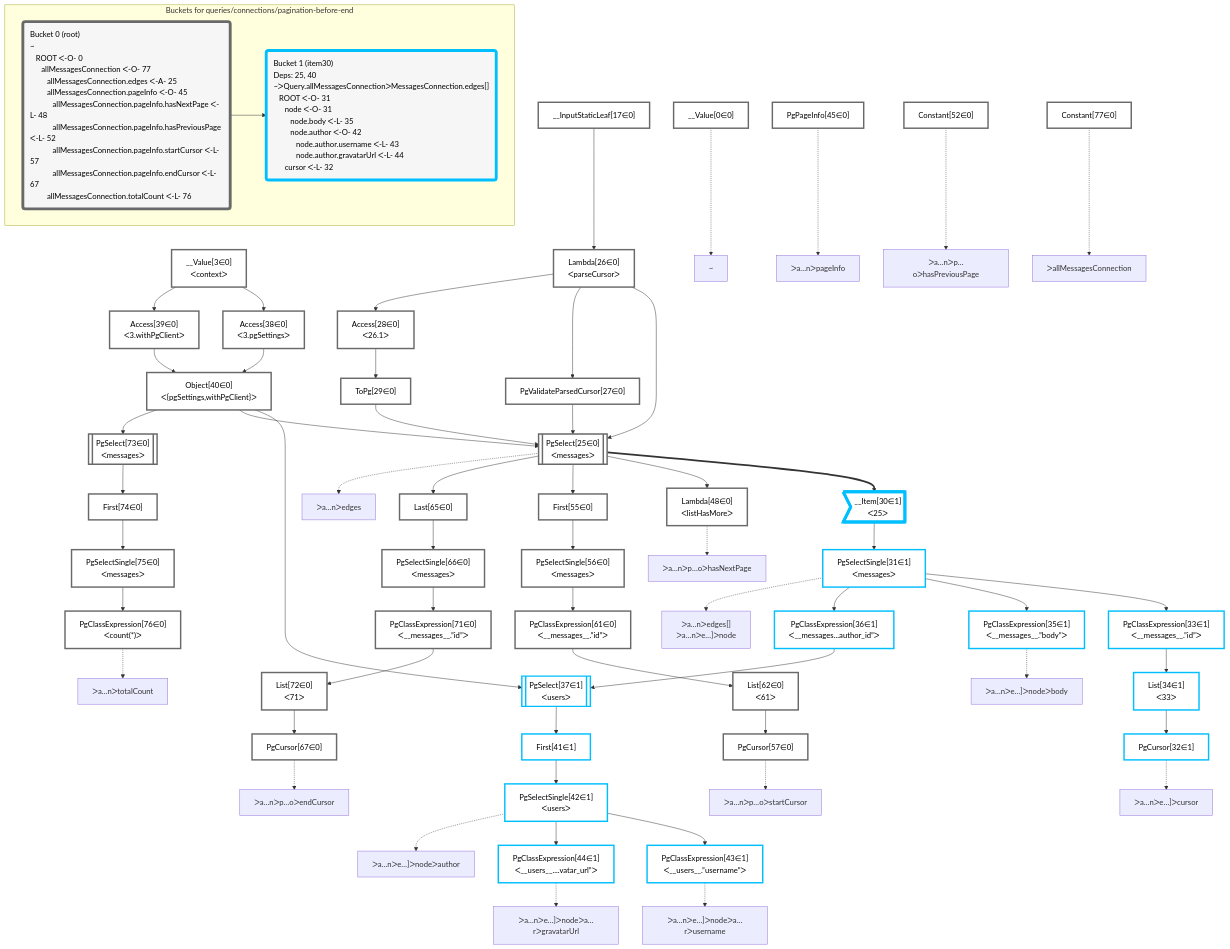
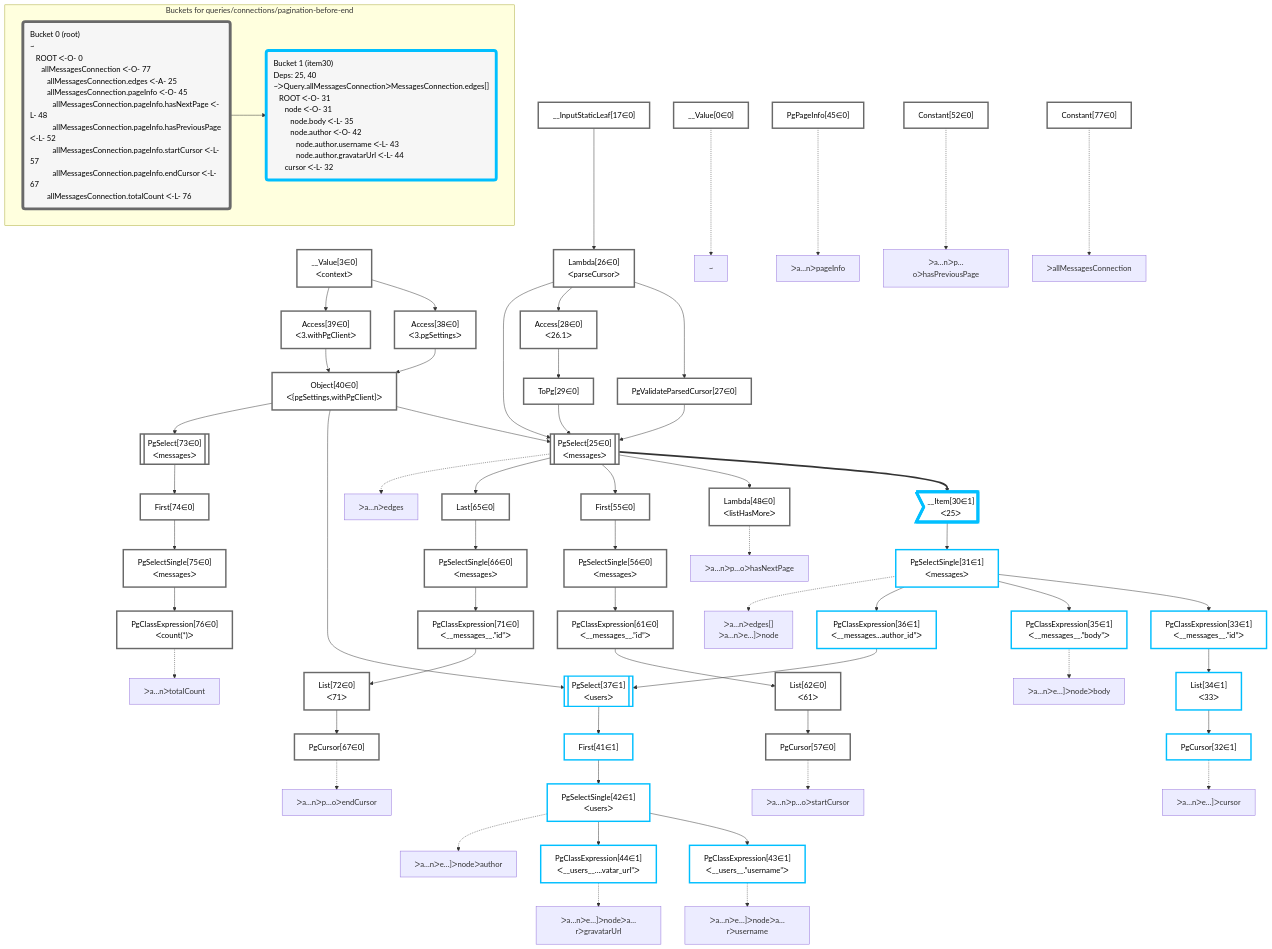
Before and after one commit to graphile/crystal: the diagram in packages/dataplan-pg/__tests__/queries/connections/pagination-before-end.deopt.mermaid.md, drawn with Mermaid. The commit also changed other lines of this file and 195 other files, not shown here.

Commit message:
Reorder graphs

```diff
--- a/packages/dataplan-pg/__tests__/queries/connections/pagination-before-end.deopt.mermaid.md
+++ b/packages/dataplan-pg/__tests__/queries/connections/pagination-before-end.deopt.mermaid.md
@@ -9,83 +9,83 @@
 
     %% define plans
     __Value0["__Value[0∈0]"]:::plan
+    __Value3["__Value[3∈0]<br />ᐸcontextᐳ"]:::plan
+    __InputStaticLeaf17["__InputStaticLeaf[17∈0]"]:::plan
+    Access38["Access[38∈0]<br />ᐸ3.pgSettingsᐳ"]:::plan
+    Access39["Access[39∈0]<br />ᐸ3.withPgClientᐳ"]:::plan
+    Object40["Object[40∈0]<br />ᐸ{pgSettings,withPgClient}ᐳ"]:::plan
+    Constant77["Constant[77∈0]"]:::plan
+    Lambda26["Lambda[26∈0]<br />ᐸparseCursorᐳ"]:::plan
+    PgValidateParsedCursor27["PgValidateParsedCursor[27∈0]"]:::plan
+    Access28["Access[28∈0]<br />ᐸ26.1ᐳ"]:::plan
+    ToPg29["ToPg[29∈0]"]:::plan
+    PgSelect25[["PgSelect[25∈0]<br />ᐸmessagesᐳ"]]:::plan
+    __Item30>"__Item[30∈1]<br />ᐸ25ᐳ"]:::itemplan
+    PgSelectSingle31["PgSelectSingle[31∈1]<br />ᐸmessagesᐳ"]:::plan
+    PgClassExpression33["PgClassExpression[33∈1]<br />ᐸ__messages__.”id”ᐳ"]:::plan
+    List34["List[34∈1]<br />ᐸ33ᐳ"]:::plan
     PgCursor32["PgCursor[32∈1]"]:::plan
-    List34["List[34∈1]<br />ᐸ33ᐳ"]:::plan
-    PgClassExpression33["PgClassExpression[33∈1]<br />ᐸ__messages__.”id”ᐳ"]:::plan
     PgClassExpression35["PgClassExpression[35∈1]<br />ᐸ__messages__.”body”ᐳ"]:::plan
+    PgClassExpression36["PgClassExpression[36∈1]<br />ᐸ__messages...author_id”ᐳ"]:::plan
+    PgSelect37[["PgSelect[37∈1]<br />ᐸusersᐳ"]]:::plan
+    First41["First[41∈1]"]:::plan
+    PgSelectSingle42["PgSelectSingle[42∈1]<br />ᐸusersᐳ"]:::plan
     PgClassExpression43["PgClassExpression[43∈1]<br />ᐸ__users__.”username”ᐳ"]:::plan
     PgClassExpression44["PgClassExpression[44∈1]<br />ᐸ__users__....vatar_url”ᐳ"]:::plan
-    PgSelectSingle42["PgSelectSingle[42∈1]<br />ᐸusersᐳ"]:::plan
-    First41["First[41∈1]"]:::plan
-    PgSelect37[["PgSelect[37∈1]<br />ᐸusersᐳ"]]:::plan
-    PgClassExpression36["PgClassExpression[36∈1]<br />ᐸ__messages...author_id”ᐳ"]:::plan
-    PgSelectSingle31["PgSelectSingle[31∈1]<br />ᐸmessagesᐳ"]:::plan
-    __Item30>"__Item[30∈1]<br />ᐸ25ᐳ"]:::itemplan
+    PgPageInfo45["PgPageInfo[45∈0]"]:::plan
     Lambda48["Lambda[48∈0]<br />ᐸlistHasMoreᐳ"]:::plan
+    Constant52["Constant[52∈0]"]:::plan
+    First55["First[55∈0]"]:::plan
+    PgSelectSingle56["PgSelectSingle[56∈0]<br />ᐸmessagesᐳ"]:::plan
+    PgClassExpression61["PgClassExpression[61∈0]<br />ᐸ__messages__.”id”ᐳ"]:::plan
+    List62["List[62∈0]<br />ᐸ61ᐳ"]:::plan
     PgCursor57["PgCursor[57∈0]"]:::plan
-    List62["List[62∈0]<br />ᐸ61ᐳ"]:::plan
-    PgClassExpression61["PgClassExpression[61∈0]<br />ᐸ__messages__.”id”ᐳ"]:::plan
-    PgSelectSingle56["PgSelectSingle[56∈0]<br />ᐸmessagesᐳ"]:::plan
-    First55["First[55∈0]"]:::plan
+    Last65["Last[65∈0]"]:::plan
+    PgSelectSingle66["PgSelectSingle[66∈0]<br />ᐸmessagesᐳ"]:::plan
+    PgClassExpression71["PgClassExpression[71∈0]<br />ᐸ__messages__.”id”ᐳ"]:::plan
+    List72["List[72∈0]<br />ᐸ71ᐳ"]:::plan
     PgCursor67["PgCursor[67∈0]"]:::plan
-    List72["List[72∈0]<br />ᐸ71ᐳ"]:::plan
-    PgClassExpression71["PgClassExpression[71∈0]<br />ᐸ__messages__.”id”ᐳ"]:::plan
-    PgSelectSingle66["PgSelectSingle[66∈0]<br />ᐸmessagesᐳ"]:::plan
-    Last65["Last[65∈0]"]:::plan
-    PgSelect25[["PgSelect[25∈0]<br />ᐸmessagesᐳ"]]:::plan
+    PgSelect73[["PgSelect[73∈0]<br />ᐸmessagesᐳ"]]:::plan
+    First74["First[74∈0]"]:::plan
+    PgSelectSingle75["PgSelectSingle[75∈0]<br />ᐸmessagesᐳ"]:::plan
     PgClassExpression76["PgClassExpression[76∈0]<br />ᐸcount(*)ᐳ"]:::plan
-    PgSelectSingle75["PgSelectSingle[75∈0]<br />ᐸmessagesᐳ"]:::plan
-    First74["First[74∈0]"]:::plan
-    PgSelect73[["PgSelect[73∈0]<br />ᐸmessagesᐳ"]]:::plan
-    Object40["Object[40∈0]<br />ᐸ{pgSettings,withPgClient}ᐳ"]:::plan
-    Access38["Access[38∈0]<br />ᐸ3.pgSettingsᐳ"]:::plan
-    Access39["Access[39∈0]<br />ᐸ3.withPgClientᐳ"]:::plan
-    __Value3["__Value[3∈0]<br />ᐸcontextᐳ"]:::plan
-    PgValidateParsedCursor27["PgValidateParsedCursor[27∈0]"]:::plan
-    ToPg29["ToPg[29∈0]"]:::plan
-    Access28["Access[28∈0]<br />ᐸ26.1ᐳ"]:::plan
-    Lambda26["Lambda[26∈0]<br />ᐸparseCursorᐳ"]:::plan
-    __InputStaticLeaf17["__InputStaticLeaf[17∈0]"]:::plan
-    Constant77["Constant[77∈0]"]:::plan
-    PgPageInfo45["PgPageInfo[45∈0]"]:::plan
-    Constant52["Constant[52∈0]"]:::plan
 
     %% plan dependencies
+    __Value3 --> Access38
+    __Value3 --> Access39
+    Access38 & Access39 --> Object40
+    __InputStaticLeaf17 --> Lambda26
+    Lambda26 --> PgValidateParsedCursor27
+    Lambda26 --> Access28
+    Access28 --> ToPg29
+    Object40 & Lambda26 & PgValidateParsedCursor27 & ToPg29 --> PgSelect25
+    PgSelect25 ==> __Item30
+    __Item30 --> PgSelectSingle31
+    PgSelectSingle31 --> PgClassExpression33
+    PgClassExpression33 --> List34
     List34 --> PgCursor32
-    PgClassExpression33 --> List34
-    PgSelectSingle31 --> PgClassExpression33
     PgSelectSingle31 --> PgClassExpression35
+    PgSelectSingle31 --> PgClassExpression36
+    Object40 & PgClassExpression36 --> PgSelect37
+    PgSelect37 --> First41
+    First41 --> PgSelectSingle42
     PgSelectSingle42 --> PgClassExpression43
     PgSelectSingle42 --> PgClassExpression44
-    First41 --> PgSelectSingle42
-    PgSelect37 --> First41
-    Object40 & PgClassExpression36 --> PgSelect37
-    PgSelectSingle31 --> PgClassExpression36
-    __Item30 --> PgSelectSingle31
-    PgSelect25 ==> __Item30
     PgSelect25 --> Lambda48
+    PgSelect25 --> First55
+    First55 --> PgSelectSingle56
+    PgSelectSingle56 --> PgClassExpression61
+    PgClassExpression61 --> List62
     List62 --> PgCursor57
-    PgClassExpression61 --> List62
-    PgSelectSingle56 --> PgClassExpression61
-    First55 --> PgSelectSingle56
-    PgSelect25 --> First55
+    PgSelect25 --> Last65
+    Last65 --> PgSelectSingle66
+    PgSelectSingle66 --> PgClassExpression71
+    PgClassExpression71 --> List72
     List72 --> PgCursor67
-    PgClassExpression71 --> List72
-    PgSelectSingle66 --> PgClassExpression71
-    Last65 --> PgSelectSingle66
-    PgSelect25 --> Last65
-    Object40 & Lambda26 & PgValidateParsedCursor27 & ToPg29 --> PgSelect25
+    Object40 --> PgSelect73
+    PgSelect73 --> First74
+    First74 --> PgSelectSingle75
     PgSelectSingle75 --> PgClassExpression76
-    First74 --> PgSelectSingle75
-    PgSelect73 --> First74
-    Object40 --> PgSelect73
-    Access38 & Access39 --> Object40
-    __Value3 --> Access38
-    __Value3 --> Access39
-    Lambda26 --> PgValidateParsedCursor27
-    Access28 --> ToPg29
-    Lambda26 --> Access28
-    __InputStaticLeaf17 --> Lambda26
 
     %% plan-to-path relationships
     P0["~"]
```
